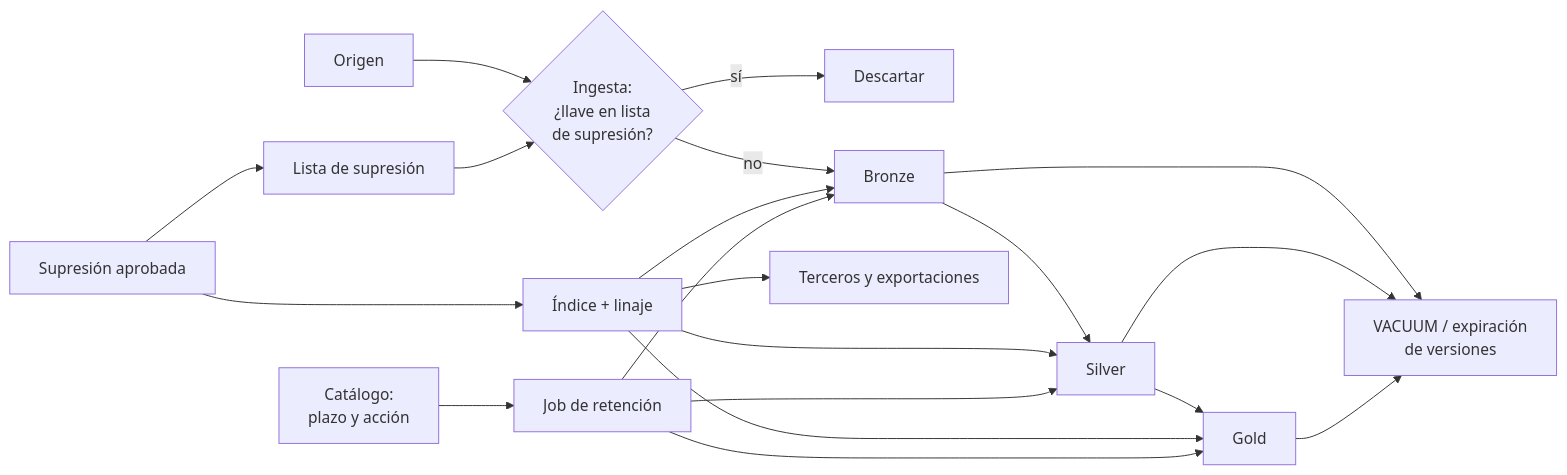
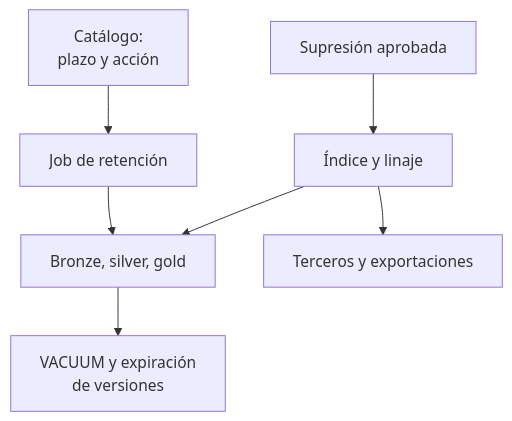
The second of 2 diagrams in content/concepts/retention-and-erasure.md (fcp4891/de-knowledge-hub), drawn with Mermaid before and after one commit. The commit also changed other lines of this file and 20 other files, not shown here.

First line of the commit message:
§9 con el estándar de diagramas: 21 diagramas sobre 8 nodos o 10 aristas, rehechos

````diff
--- a/content/concepts/retention-and-erasure.md
+++ b/content/concepts/retention-and-erasure.md
@@ -154,14 +167,9 @@
 ```mermaid
-flowchart LR
-  O["Origen"] --> I{"Ingesta:<br/>¿llave en lista<br/>de supresión?"}
-  I -- "sí" --> D["Descartar"]
-  I -- "no" --> B["Bronze"] --> S["Silver"] --> G["Gold"]
-  R["Supresión aprobada"] --> X["Índice + linaje"]
-  X --> B & S & G
+flowchart TB
+  R["Supresión aprobada"] --> X["Índice y linaje"]
+  C["Catálogo:<br/>plazo y acción"] --> J["Job de retención"]
+  X --> P["Bronze, silver, gold"]
+  J --> P
   X --> T["Terceros y exportaciones"]
-  R --> L["Lista de supresión"]
-  L --> I
-  C["Catálogo:<br/>plazo y acción"] --> J["Job de retención"]
-  J --> B & S & G
-  B & S & G --> V["VACUUM / expiración<br/>de versiones"]
+  P --> V["VACUUM y expiración<br/>de versiones"]
 ```
````
